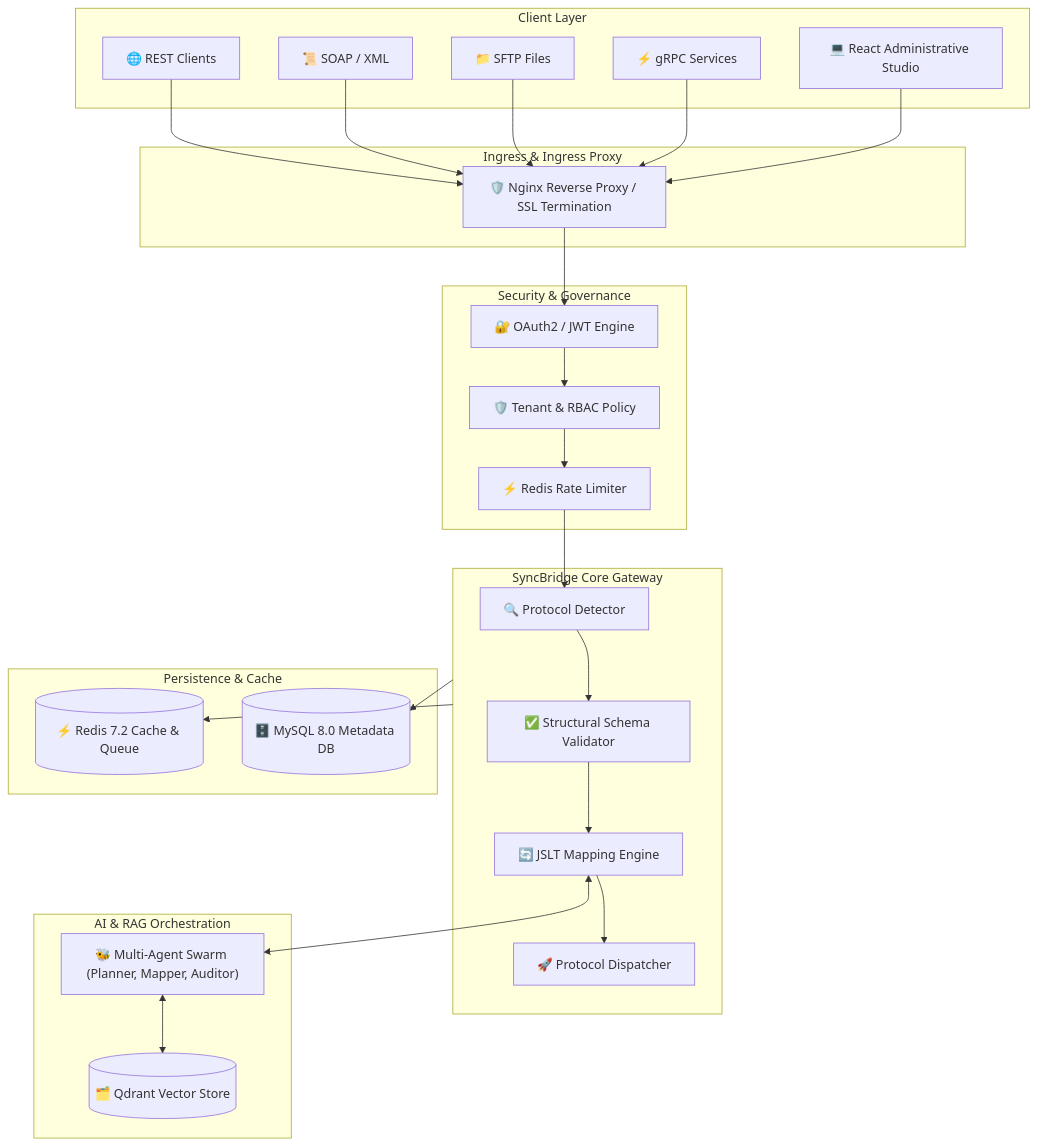
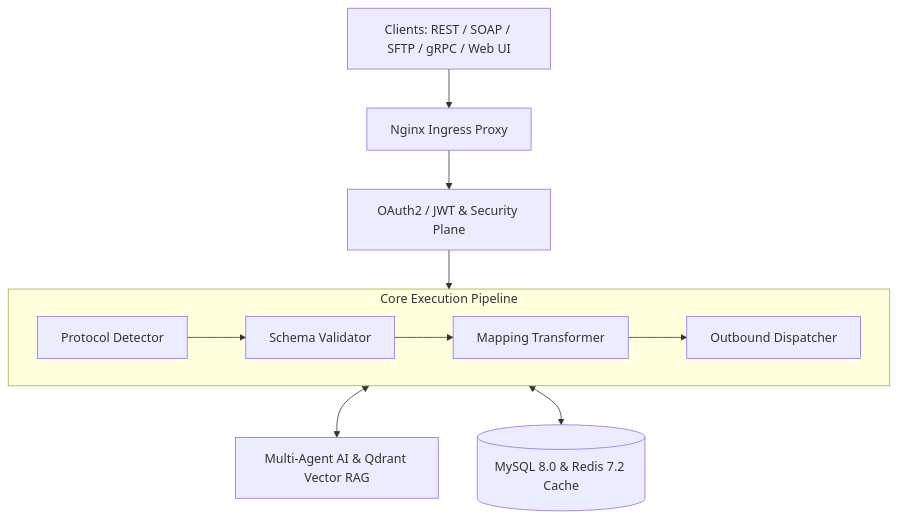
The diagram in README.md (Manojkrishna27/Sync_Bridge_Ai), drawn with Mermaid before and after one commit. The commit also changed other lines of this file, not shown here.

Commit message:
Screenshot attached

````diff
--- a/README.md
+++ b/README.md
@@ -82,58 +125,15 @@
 ```mermaid
-flowchart TB
-    subgraph Clients ["Client Layer"]
-        REST["🌐 REST Clients"]
-        SOAP["📜 SOAP / XML"]
-        SFTP["📁 SFTP Files"]
-        GRPC["⚡ gRPC Services"]
-        UI["💻 React Administrative Studio"]
+graph TD
+    Client[Clients: REST / SOAP / SFTP / gRPC / Web UI] --> Nginx[Nginx Ingress Proxy]
+    Nginx --> Auth[OAuth2 / JWT & Security Plane]
+    Auth --> CoreEngine[SyncBridge AI Core Engine]
+
+    subgraph CoreEngine [Core Execution Pipeline]
+        Detect[Protocol Detector] --> Validate[Schema Validator]
+        Validate --> Transform[Mapping Transformer]
+        Transform --> Dispatch[Outbound Dispatcher]
     end
 
-    subgraph Gateway ["Ingress & Ingress Proxy"]
-        Nginx["🛡️ Nginx Reverse Proxy / SSL Termination"]
-    end
-
-    subgraph Security ["Security & Governance"]
-        AuthGuard["🔐 OAuth2 / JWT Engine"]
-        RBAC["🛡️ Tenant & RBAC Policy"]
-        RateLimiter["⚡ Redis Rate Limiter"]
-    end
-
-    subgraph Core ["SyncBridge Core Gateway"]
-        ProtoDetect["🔍 Protocol Detector"]
-        Validator["✅ Structural Schema Validator"]
-        TransformEngine["🔄 JSLT Mapping Engine"]
-        Dispatcher["🚀 Protocol Dispatcher"]
-    end
-
-    subgraph AISubsystem ["AI & RAG Orchestration"]
-        AgentSwarm["🐝 Multi-Agent Swarm (Planner, Mapper, Auditor)"]
-        Qdrant[("🗂️ Qdrant Vector Store")]
-    end
-
-    subgraph Persistence ["Persistence & Cache"]
-        Redis[("⚡ Redis 7.2 Cache & Queue")]
-        MySQL[("🗄️ MySQL 8.0 Metadata DB")]
-    end
-
-    REST --> Nginx
-    SOAP --> Nginx
-    SFTP --> Nginx
-    GRPC --> Nginx
-    UI --> Nginx
-
-    Nginx --> AuthGuard
-    AuthGuard --> RBAC
-    RBAC --> RateLimiter
-
-    RateLimiter --> ProtoDetect
-    ProtoDetect --> Validator
-    Validator --> TransformEngine
-    TransformEngine --> Dispatcher
-
-    TransformEngine <--> AgentSwarm
-    AgentSwarm <--> Qdrant
-
-    Core --> Redis
-    Core --> MySQL
+    CoreEngine <--> AI[Multi-Agent AI & Qdrant Vector RAG]
+    CoreEngine <--> Storage[(MySQL 8.0 & Redis 7.2 Cache)]
 ```
````
